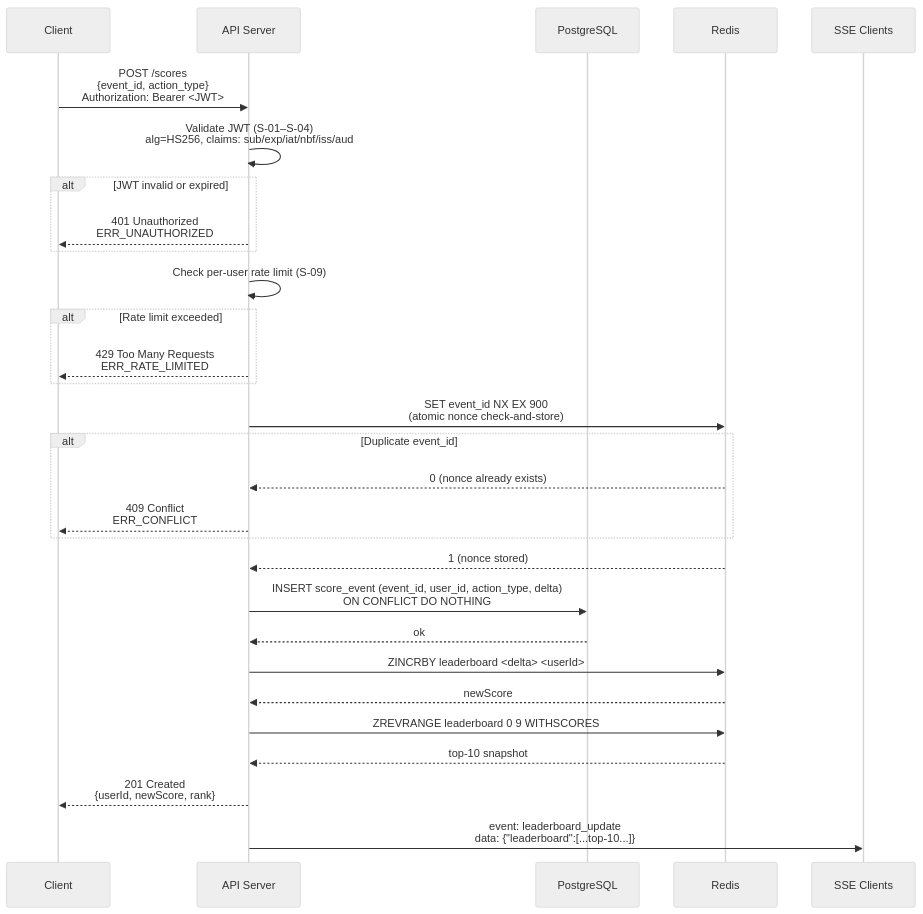
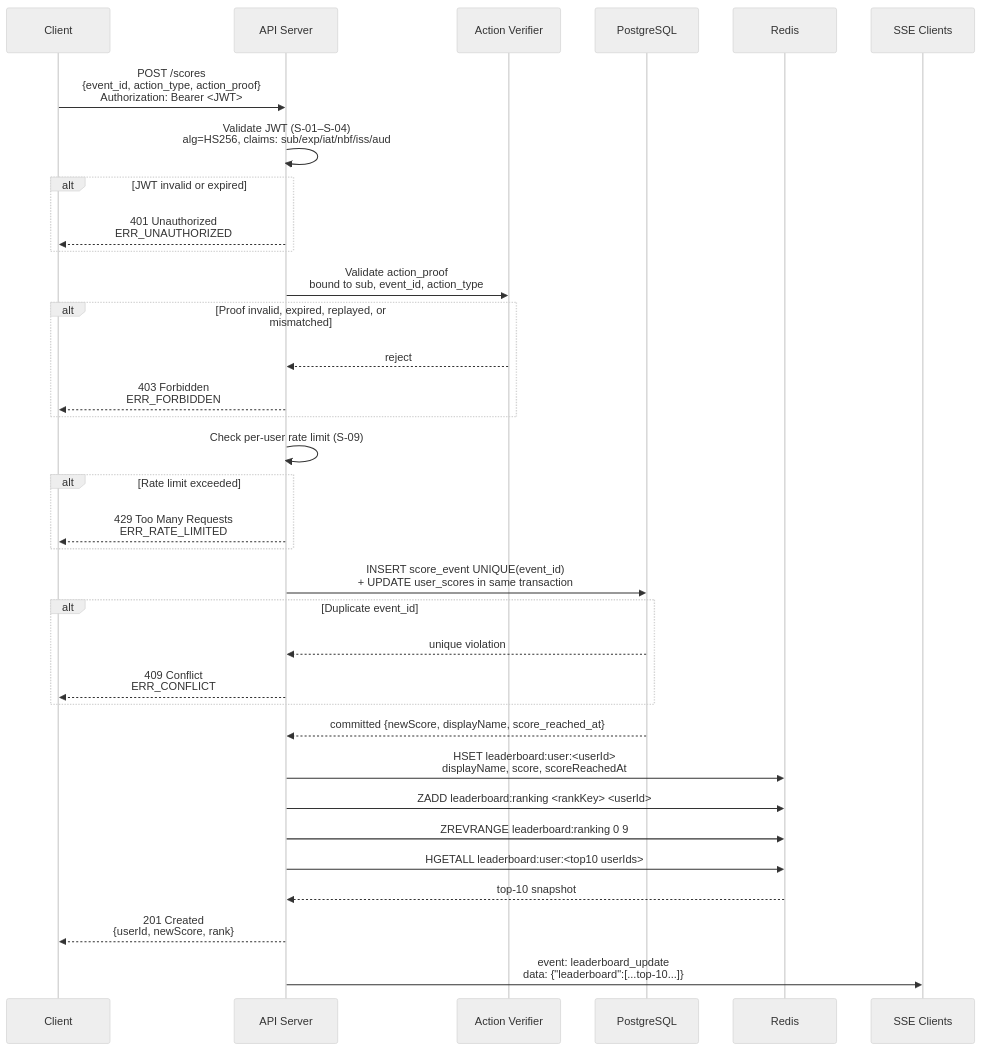
Before and after one commit to hungchou8994/code-challenge: the diagram in src/problem6/README.md, drawn with Mermaid (neutral theme). The commit also changed other lines of this file, not shown here.

````diff
--- a/src/problem6/README.md
+++ b/src/problem6/README.md
@@ -485,38 +502,45 @@
 ```mermaid
 sequenceDiagram
     participant Client
     participant API as API Server
+    participant Verifier as Action Verifier
     participant DB as PostgreSQL
     participant Redis
     participant SSE as SSE Clients
 
-    Client->>API: POST /scores<br/>{event_id, action_type}<br/>Authorization: Bearer <JWT>
+    Client->>API: POST /scores<br/>{event_id, action_type, action_proof}<br/>Authorization: Bearer <JWT>
     API->>API: Validate JWT (S-01–S-04)<br/>alg=HS256, claims: sub/exp/iat/nbf/iss/aud
 
     alt JWT invalid or expired
         API-->>Client: 401 Unauthorized<br/>ERR_UNAUTHORIZED
+    end
+
+    API->>Verifier: Validate action_proof<br/>bound to sub, event_id, action_type
+
+    alt Proof invalid, expired, replayed, or mismatched
+        Verifier-->>API: reject
+        API-->>Client: 403 Forbidden<br/>ERR_FORBIDDEN
     end
 
     API->>API: Check per-user rate limit (S-09)
 
     alt Rate limit exceeded
         API-->>Client: 429 Too Many Requests<br/>ERR_RATE_LIMITED
     end
 
-    API->>Redis: SET event_id NX EX 900<br/>(atomic nonce check-and-store)
+    API->>DB: INSERT score_event UNIQUE(event_id)<br/>+ UPDATE user_scores in same transaction
 
     alt Duplicate event_id
-        Redis-->>API: 0 (nonce already exists)
+        DB-->>API: unique violation
         API-->>Client: 409 Conflict<br/>ERR_CONFLICT
     end
 
-    Redis-->>API: 1 (nonce stored)
-    API->>DB: INSERT score_event (event_id, user_id, action_type, delta)<br/>ON CONFLICT DO NOTHING
-    DB-->>API: ok
-    API->>Redis: ZINCRBY leaderboard <delta> <userId>
-    Redis-->>API: newScore
-    API->>Redis: ZREVRANGE leaderboard 0 9 WITHSCORES
+    DB-->>API: committed {newScore, displayName, score_reached_at}
+    API->>Redis: HSET leaderboard:user:<userId><br/>displayName, score, scoreReachedAt
+    API->>Redis: ZADD leaderboard:ranking <rankKey> <userId>
+    API->>Redis: ZREVRANGE leaderboard:ranking 0 9
+    API->>Redis: HGETALL leaderboard:user:<top10 userIds>
     Redis-->>API: top-10 snapshot
     API-->>Client: 201 Created<br/>{userId, newScore, rank}
     API->>SSE: event: leaderboard_update<br/>data: {"leaderboard":[...top-10...]}
 ```
````
